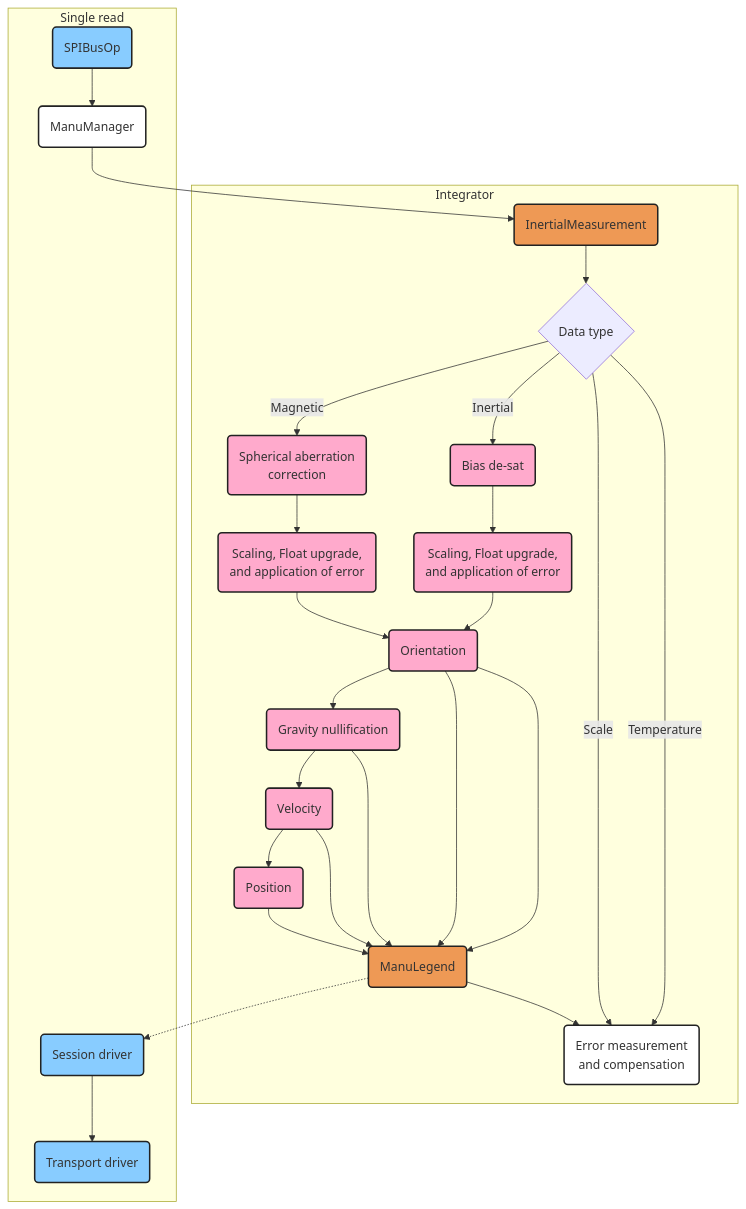
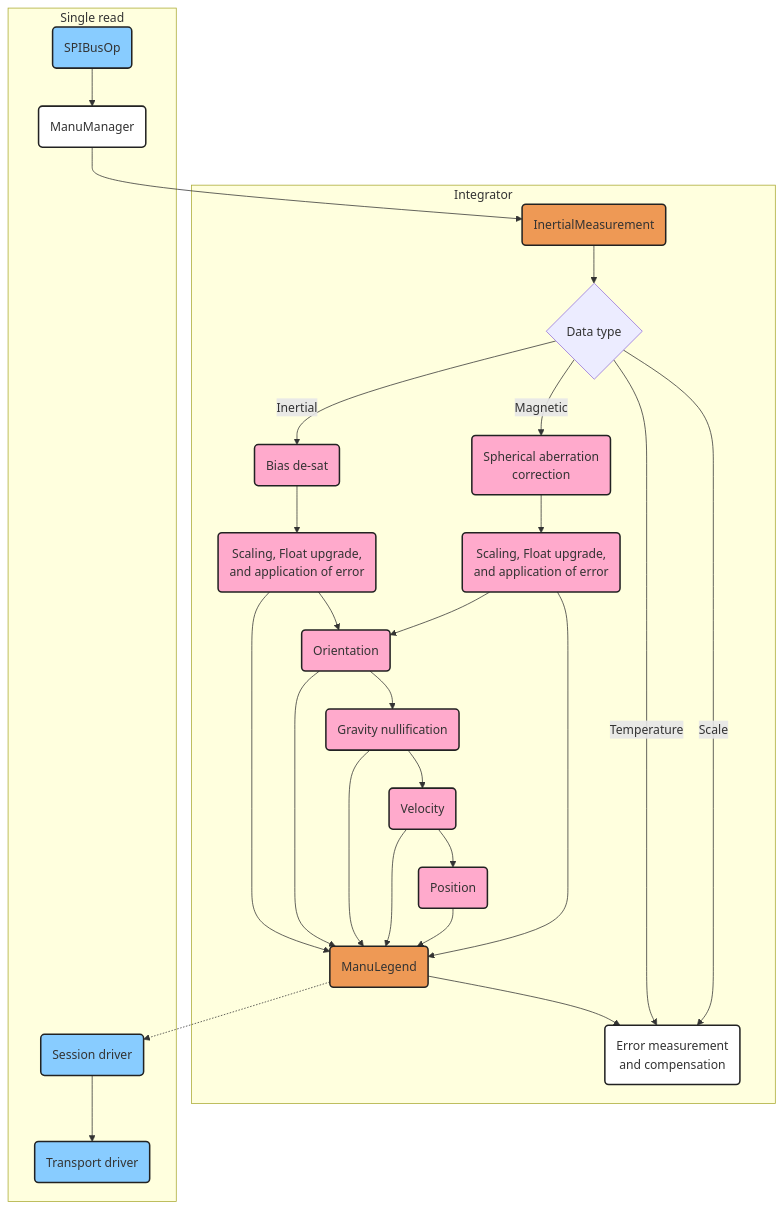
One commit to Manuvr/Digitabulum-Firmware changed the third of 4 diagrams in doc/NOTES.md. Above: the diagram before and after it, drawn with Mermaid. The commit also changed other lines of this file and 1 other file, not shown here.

````diff
--- a/doc/NOTES.md
+++ b/doc/NOTES.md
@@ -53,68 +53,68 @@
-  ```{mermaid}
+  ```mermaid
   graph TD
     a(Scaling, Float upgrade,<br />and application of error)
     b(Scaling, Float upgrade,<br />and application of error)
     h(SPIBusOp)
     i(Bias de-sat)
     j(Spherical aberration<br />correction)
     k(Orientation)
     m(InertialMeasurement)
     u(Gravity nullification)
     v(Velocity)
     w(Position)
     n(ManuManager)
     p(ManuLegend)
 
     q(Session driver)
     r(Transport driver)
     t(Error measurement<br /> and compensation)
 
     z{Data type}
 
     subgraph Integrator
     m --> z
     z -->|Inertial| i
     z -->|Magnetic| j
     z -->|Temperature| t
     z -->|Scale| t
     i --> a
-    a --> k
     j --> b
     b --> k
+    b --> p
+    a --> p
+    u --> p
+    k --> p
+    v --> p
+    w --> p
+    a --> k
     k --> u
     u --> v
     v --> w
-    k --> p
-
-    k --> p
-    u --> p
-    v --> p
-    w --> p
     end
 
     subgraph Single read
-    p --> t
     h --> n
     n --> m
     p -.-> q
+    p --> t
     q --> r
     end
 
     style h fill:#8Cf,stroke:#222,stroke-width:2px;
     style i fill:#fac,stroke:#222,stroke-width:2px;
     style j fill:#fac,stroke:#222,stroke-width:2px;
     style k fill:#fac,stroke:#222,stroke-width:2px;
     style m fill:#e95,stroke:#222,stroke-width:2px;
     style n fill:#fff,stroke:#222,stroke-width:2px;
 
     style p fill:#e95,stroke:#222,stroke-width:2px;
     style q fill:#8Cf,stroke:#222,stroke-width:2px;
     style r fill:#8Cf,stroke:#222,stroke-width:2px;
     style t fill:#fff,stroke:#222,stroke-width:2px;
 
     style a fill:#fac,stroke:#222,stroke-width:2px;
     style b fill:#fac,stroke:#222,stroke-width:2px;
     style u fill:#fac,stroke:#222,stroke-width:2px;
     style v fill:#fac,stroke:#222,stroke-width:2px;
     style w fill:#fac,stroke:#222,stroke-width:2px;
   ```
````
